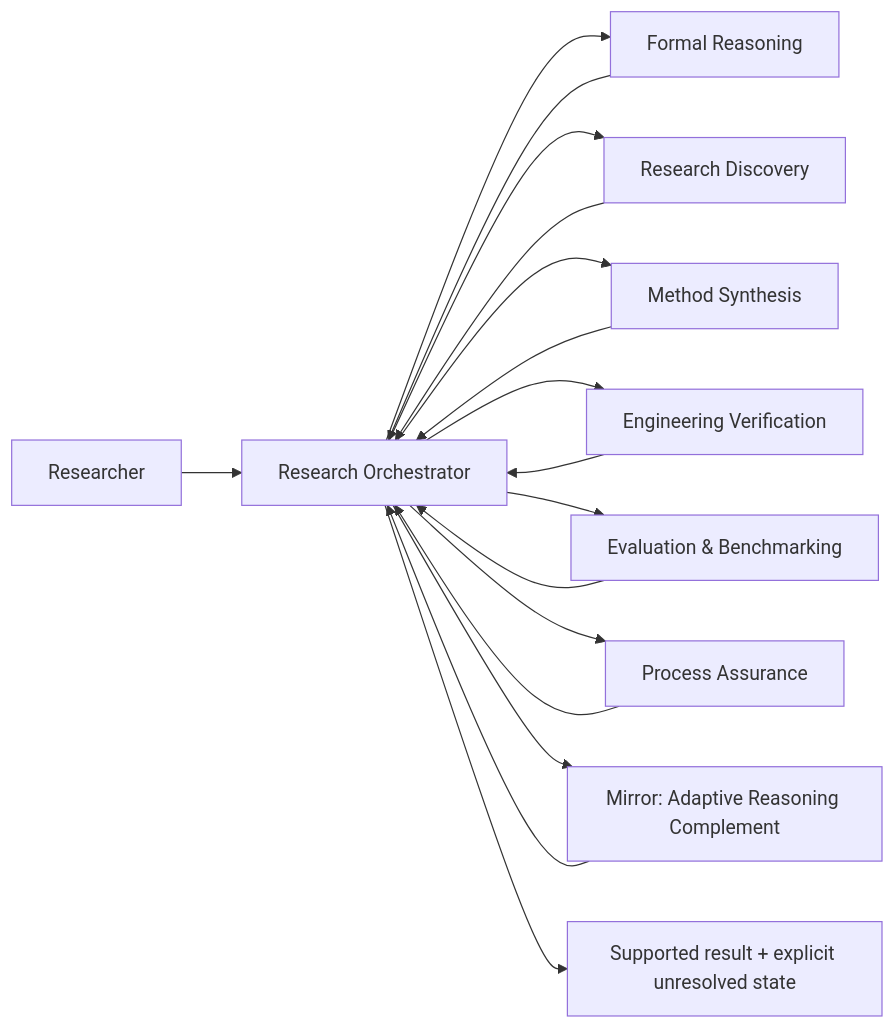
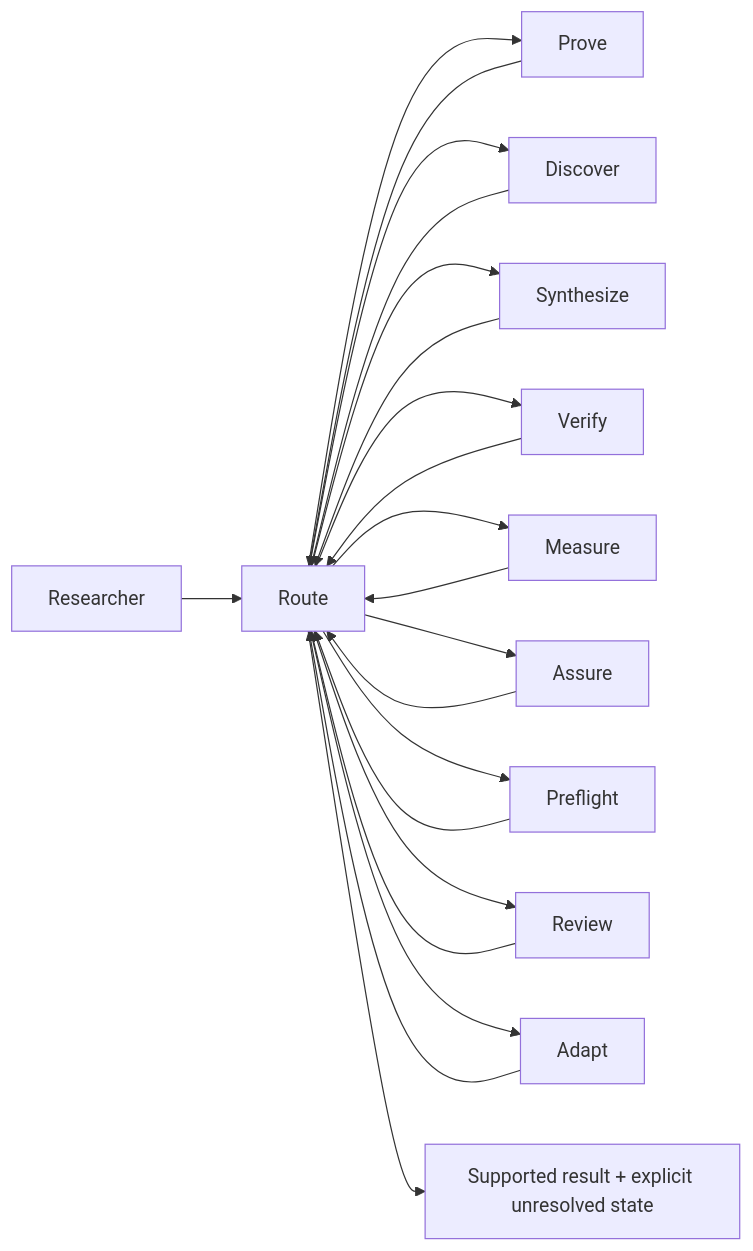
One commit to Kitahl/The-Gauntlet changed the diagram in README.md. Above: the diagram before and after it, drawn with Mermaid. The commit also changed other lines of this file, not shown here.

````diff
--- a/README.md
+++ b/README.md
@@ -63,19 +62,23 @@
 ```mermaid
 flowchart LR
-    U[Researcher] --> O[Research Orchestrator]
-    O --> F[Formal Reasoning]
-    O --> D[Research Discovery]
-    O --> S[Method Synthesis]
-    O --> E[Engineering Verification]
-    O --> B[Evaluation & Benchmarking]
-    O --> P[Process Assurance]
-    O --> A[Mirror: Adaptive Reasoning Complement]
-    P --> O
-    A --> O
-    F --> O
-    D --> O
-    S --> O
-    E --> O
-    B --> O
-    O --> R[Supported result + explicit unresolved state]
+    U[Researcher] --> R[Route]
+    R --> P[Prove]
+    R --> D[Discover]
+    R --> S[Synthesize]
+    R --> V[Verify]
+    R --> M[Measure]
+    R --> A[Assure]
+    R --> F[Preflight]
+    R --> W[Review]
+    R --> C[Adapt]
+    P --> R
+    D --> R
+    S --> R
+    V --> R
+    M --> R
+    A --> R
+    F --> R
+    W --> R
+    C --> R
+    R --> O[Supported result + explicit unresolved state]
 ```
````
